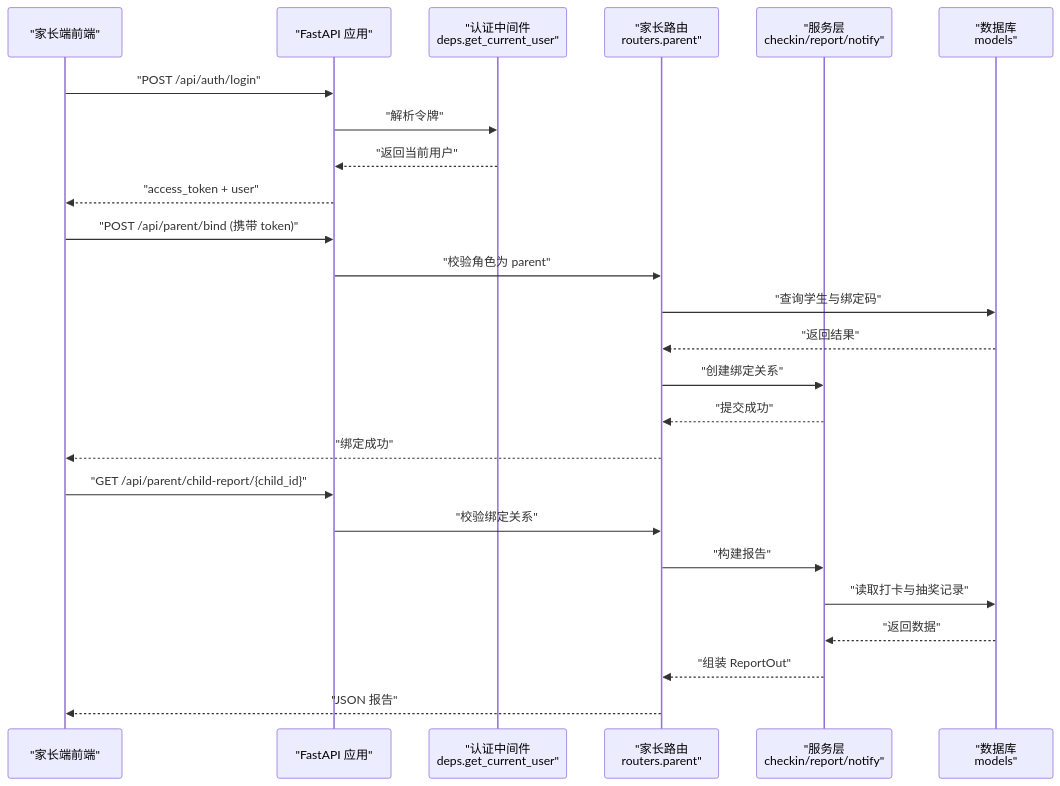
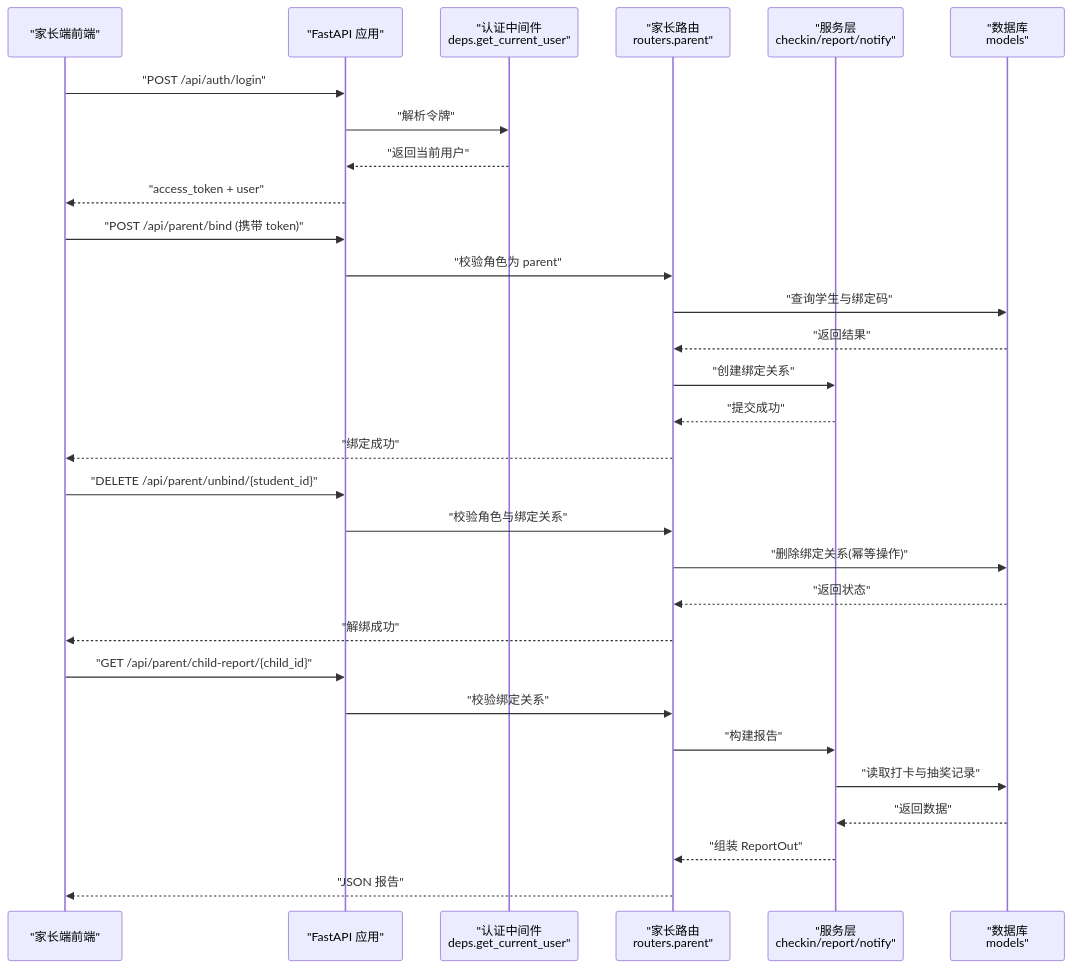
One commit to onebody/homework changed the second of 8 diagrams in .qoder/repowiki/zh/content/暑假作业打卡系统/后端服务架构/路由层设计/家长监督路由.md. Above: the diagram before and after it, drawn with Mermaid. The commit also changed other lines of this file and 10 other files, not shown here.

````diff
--- a/.qoder/repowiki/zh/content/暑假作业打卡系统/后端服务架构/路由层设计/家长监督路由.md
+++ b/.qoder/repowiki/zh/content/暑假作业打卡系统/后端服务架构/路由层设计/家长监督路由.md
@@ -89,27 +105,32 @@
 ```mermaid
 sequenceDiagram
 participant FE as "家长端前端"
 participant API as "FastAPI 应用"
 participant AUTH as "认证中间件<br/>deps.get_current_user"
 participant PRT as "家长路由<br/>routers.parent"
 participant SVC as "服务层<br/>checkin/report/notify"
 participant DB as "数据库<br/>models"
 FE->>API : "POST /api/auth/login"
 API->>AUTH : "解析令牌"
 AUTH-->>API : "返回当前用户"
 API-->>FE : "access_token + user"
 FE->>API : "POST /api/parent/bind (携带 token)"
 API->>PRT : "校验角色为 parent"
 PRT->>DB : "查询学生与绑定码"
 DB-->>PRT : "返回结果"
 PRT->>SVC : "创建绑定关系"
 SVC-->>PRT : "提交成功"
 PRT-->>FE : "绑定成功"
+FE->>API : "DELETE /api/parent/unbind/{student_id}"
+API->>PRT : "校验角色与绑定关系"
+PRT->>DB : "删除绑定关系(幂等操作)"
+DB-->>PRT : "返回状态"
+PRT-->>FE : "解绑成功"
 FE->>API : "GET /api/parent/child-report/{child_id}"
 API->>PRT : "校验绑定关系"
 PRT->>SVC : "构建报告"
 SVC->>DB : "读取打卡与抽奖记录"
 DB-->>SVC : "返回数据"
 SVC-->>PRT : "组装 ReportOut"
 PRT-->>FE : "JSON 报告"
 ```
````
